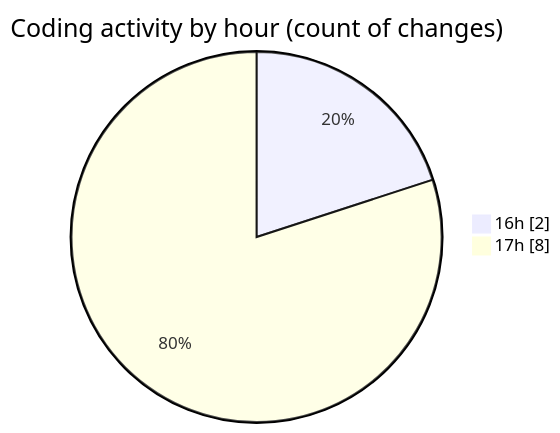
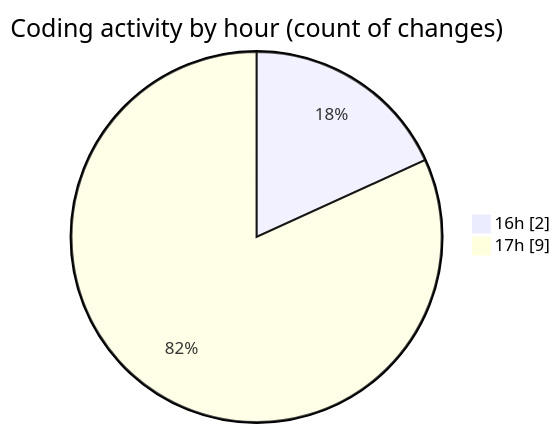
Before and after one commit to nxtqubesakshisongat/code-tracking: the second of 2 diagrams in 2026-04-08/airfeed-analytics-dashboard/README.md, drawn with Mermaid. The commit also changed other lines of this file and 1 other file, not shown here.

````diff
--- a/2026-04-08/airfeed-analytics-dashboard/README.md
+++ b/2026-04-08/airfeed-analytics-dashboard/README.md
@@ -31,6 +33,6 @@
 ```mermaid
 pie showData
 title Coding activity by hour (count of changes)
 "16h" : 2
-"17h" : 8
+"17h" : 9
 ```
````
